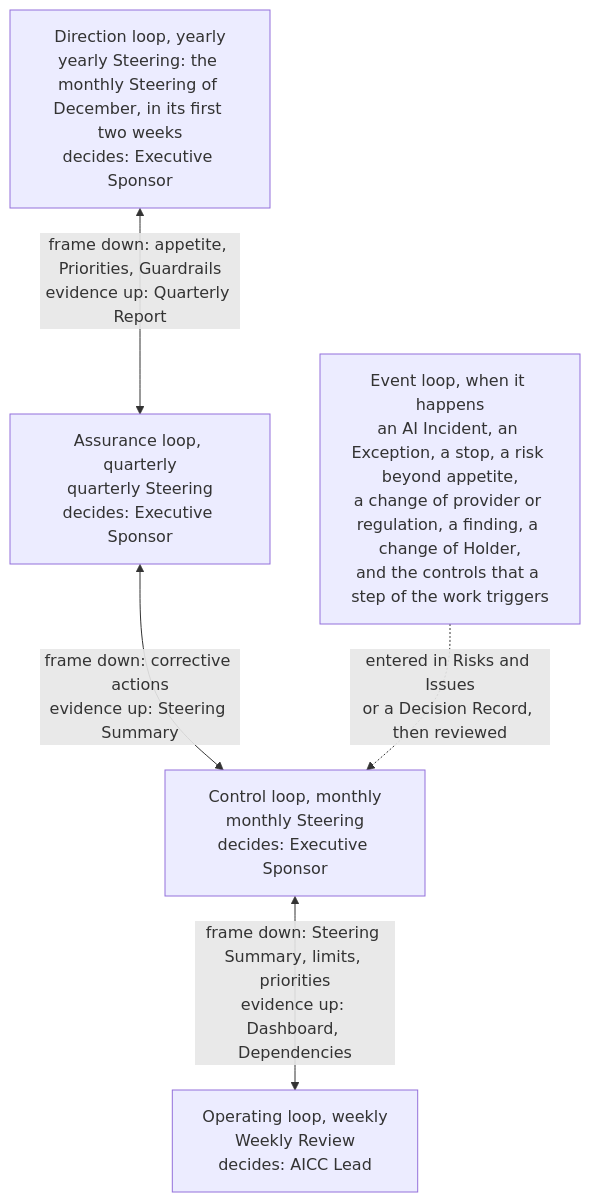
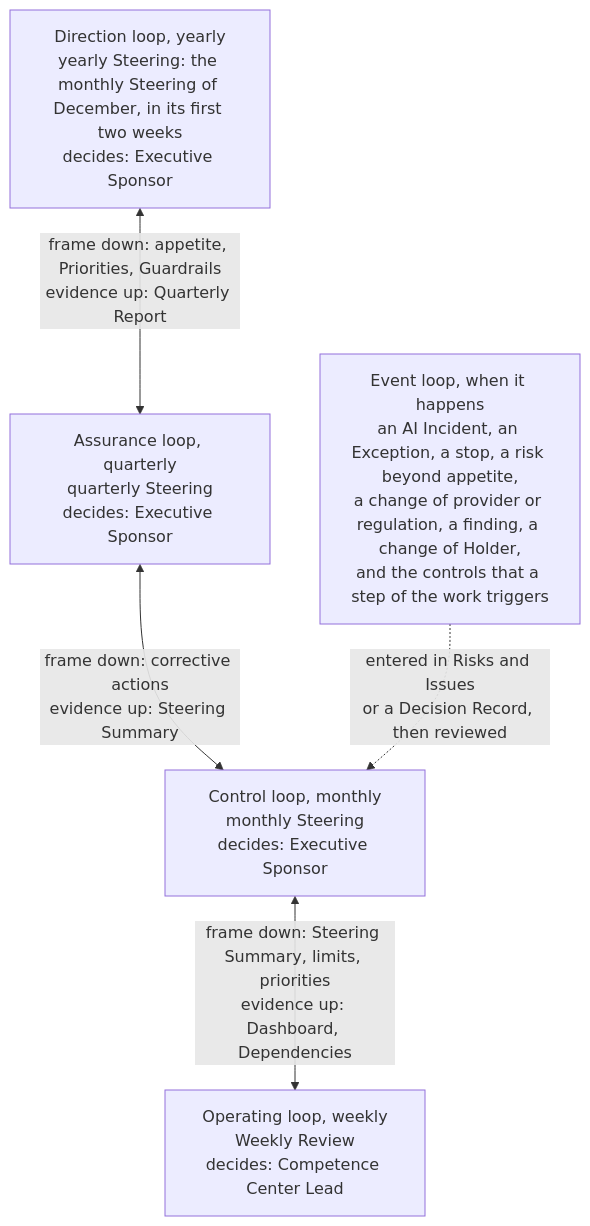
Before and after one commit to devhogu/ob-aicc: the first of 6 diagrams in charter/en/workflows/unit-governance.md, drawn with Mermaid. The commit also changed other lines of this file and 1149 other files, not shown here.

First line of the commit message:
The name Competence Center: AICC stays only as a code (DR-2026-066)

````diff
--- a/charter/en/workflows/unit-governance.md
+++ b/charter/en/workflows/unit-governance.md
@@ -15,12 +15,12 @@
 ```mermaid
 flowchart TB
   DI["Direction loop, yearly<br/>yearly Steering: the monthly Steering of December, in its first two weeks<br/>decides: Executive Sponsor"]
   AS["Assurance loop, quarterly<br/>quarterly Steering<br/>decides: Executive Sponsor"]
   CO["Control loop, monthly<br/>monthly Steering<br/>decides: Executive Sponsor"]
-  OP["Operating loop, weekly<br/>Weekly Review<br/>decides: AICC Lead"]
+  OP["Operating loop, weekly<br/>Weekly Review<br/>decides: Competence Center Lead"]
   DI <-->|"frame down: appetite, Priorities, Guardrails<br/>evidence up: Quarterly Report"| AS
   AS <-->|"frame down: corrective actions<br/>evidence up: Steering Summary"| CO
   CO <-->|"frame down: Steering Summary, limits, priorities<br/>evidence up: Dashboard, Dependencies"| OP
   EV["Event loop, when it happens<br/>an AI Incident, an Exception, a stop, a risk beyond appetite,<br/>a change of provider or regulation, a finding, a change of Holder,<br/>and the controls that a step of the work triggers"]
   EV -.->|"entered in Risks and Issues<br/>or a Decision Record, then reviewed"| CO
 ```
````
